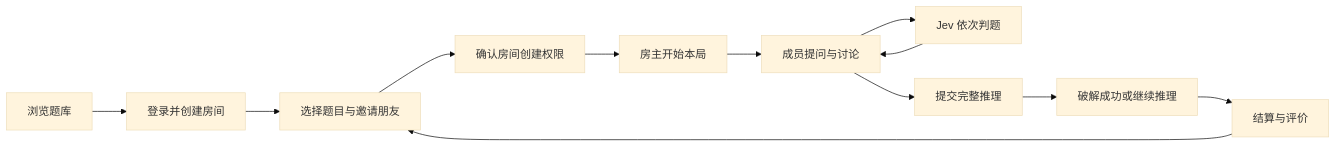
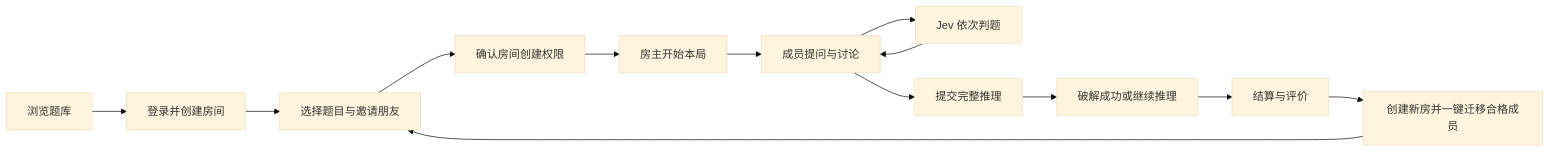
Before and after one commit to ZeroTang05/Situation-Puzzle: the diagram in docs/rebuild/01-PRD.md, drawn with Mermaid (base theme). The commit also changed other lines of this file and 35 other files, not shown here.

````diff
--- a/docs/rebuild/01-PRD.md
+++ b/docs/rebuild/01-PRD.md
@@ -19,14 +19,15 @@
 ```mermaid
 flowchart LR
     A[浏览题库] --> B[登录并创建房间]
     B --> C[选择题目与邀请朋友]
     C --> D[确认房间创建权限]
     D --> E[房主开始本局]
     E --> F[成员提问与讨论]
     F --> G[Jev 依次判题]
     G --> F
     F --> H[提交完整推理]
     H --> I[破解成功或继续推理]
     I --> J[结算与评价]
-    J --> C
+    J --> K[创建新房并一键迁移合格成员]
+    K --> C
 ```
````
